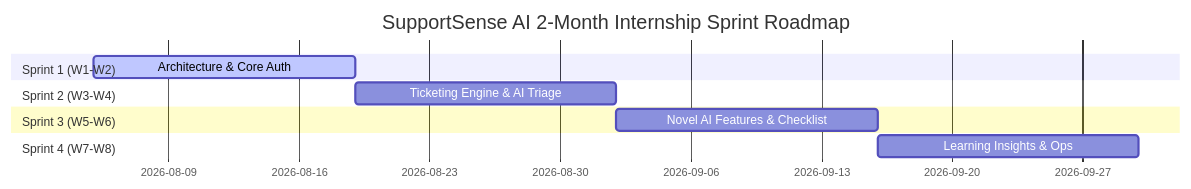
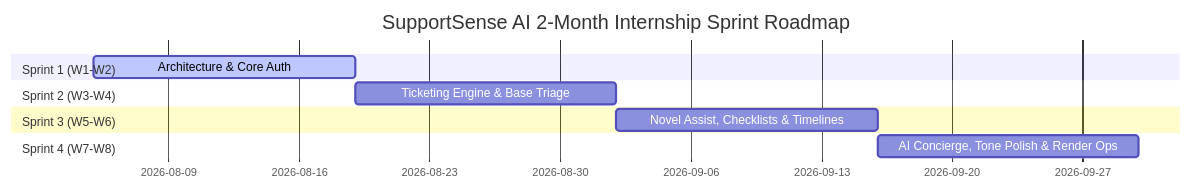
The diagram in docs/03_AGILE_SPRINT_PLANNING.md (ByteLounge/SupportSenseAI), drawn with Mermaid before and after one commit. The commit also changed other lines of this file and 17 other files, not shown here.

````diff
--- a/docs/03_AGILE_SPRINT_PLANNING.md
+++ b/docs/03_AGILE_SPRINT_PLANNING.md
@@ -59,13 +73,13 @@
 ```mermaid
 gantt
     title SupportSense AI 2-Month Internship Sprint Roadmap
     dateFormat  YYYY-MM-DD
     section Sprint 1 (W1-W2)
-    Architecture & Core Auth     :active, s1, 2026-08-05, 14d
+    Architecture & Core Auth         :active, s1, 2026-08-05, 14d
     section Sprint 2 (W3-W4)
-    Ticketing Engine & AI Triage :s2, after s1, 14d
+    Ticketing Engine & Base Triage   :s2, after s1, 14d
     section Sprint 3 (W5-W6)
-    Novel AI Features & Checklist:s3, after s2, 14d
+    Novel Assist, Checklists & Timelines:s3, after s2, 14d
     section Sprint 4 (W7-W8)
-    Learning Insights & Ops      :s4, after s3, 14d
+    AI Concierge, Tone Polish & Render Ops:s4, after s3, 14d
 ```
````
